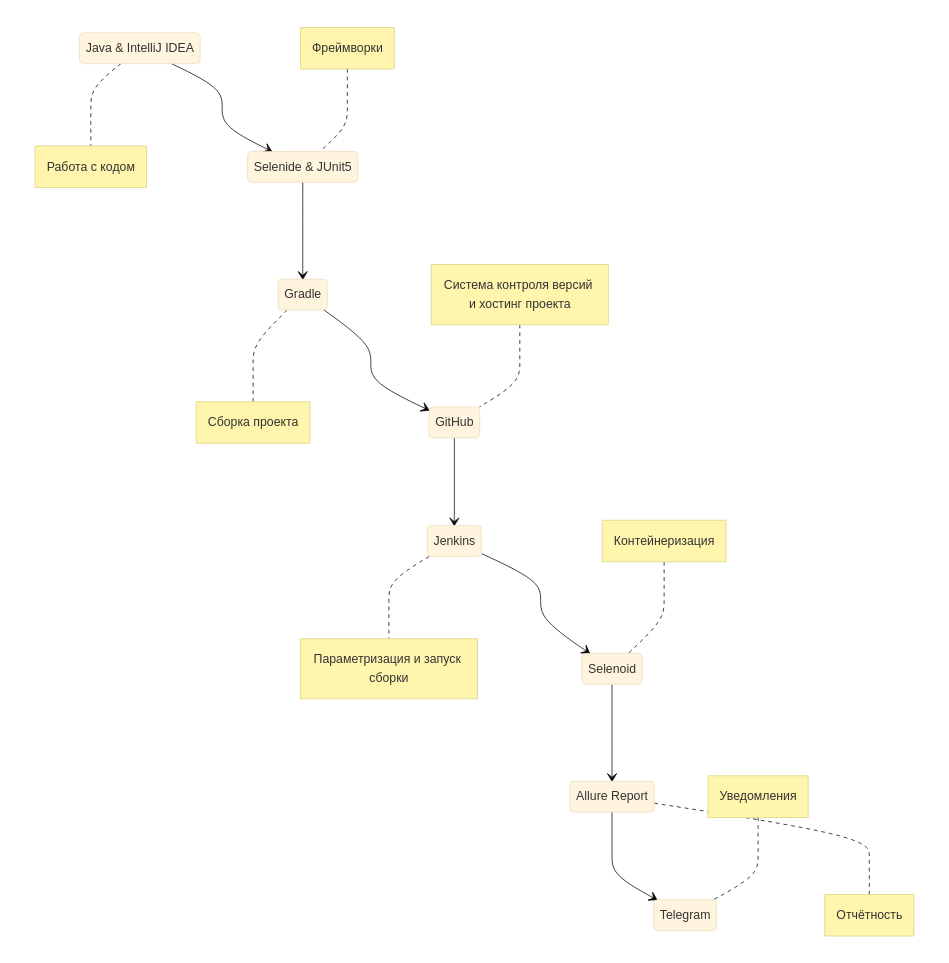
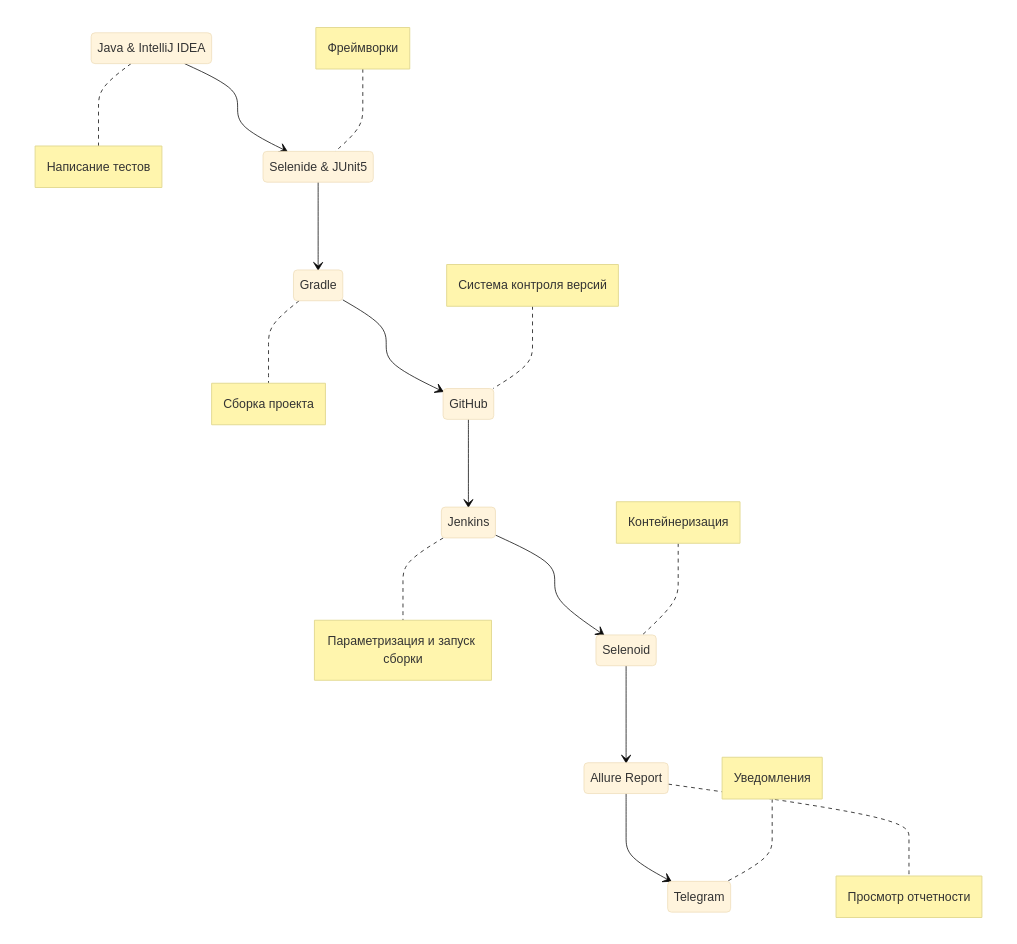
Before and after one commit to lkuff/software_product_project: the diagram in README.md, drawn with Mermaid (base theme). The commit also changed other lines of this file, not shown here.

````diff
--- a/README.md
+++ b/README.md
@@ -49,26 +49,26 @@
 ```mermaid        
     stateDiagram-v2
         State1: Java & IntelliJ IDEA
         State2: Selenide & JUnit5
         State3: Gradle
         State4: GitHub
         State5: Jenkins
         State6: Selenoid
         State7: Allure Report
         State8: Telegram
         State1 --> State2
         State2 --> State3
         State3 --> State4
         State4 --> State5
         State5 --> State6
         State6 --> State7
         State7 --> State8
-        note right of State1 : Работа с кодом
+        note right of State1 : Написание тестов
         note left of State2 : Фреймворки
         note right of State3 : Сборка проекта
-        note left of State4 : Система контроля версий и хостинг проекта
+        note left of State4 : Система контроля версий 
         note right of State5 : Параметризация и запуск сборки
         note left of State6 : Контейнеризация
-        note right of State7 : Отчётность
+        note right of State7 : Просмотр отчетности
         note left of State8 : Уведомления
 ```
````
